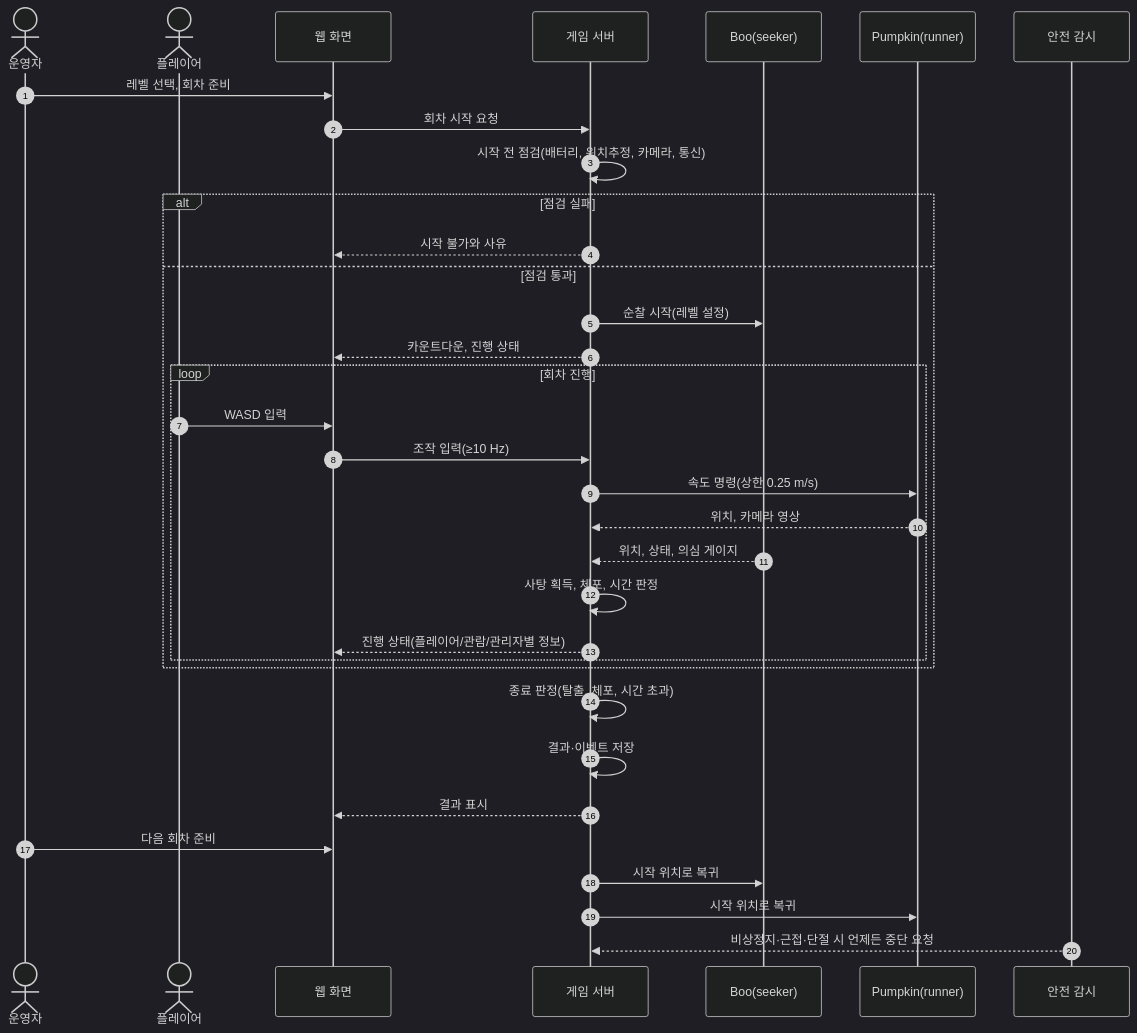
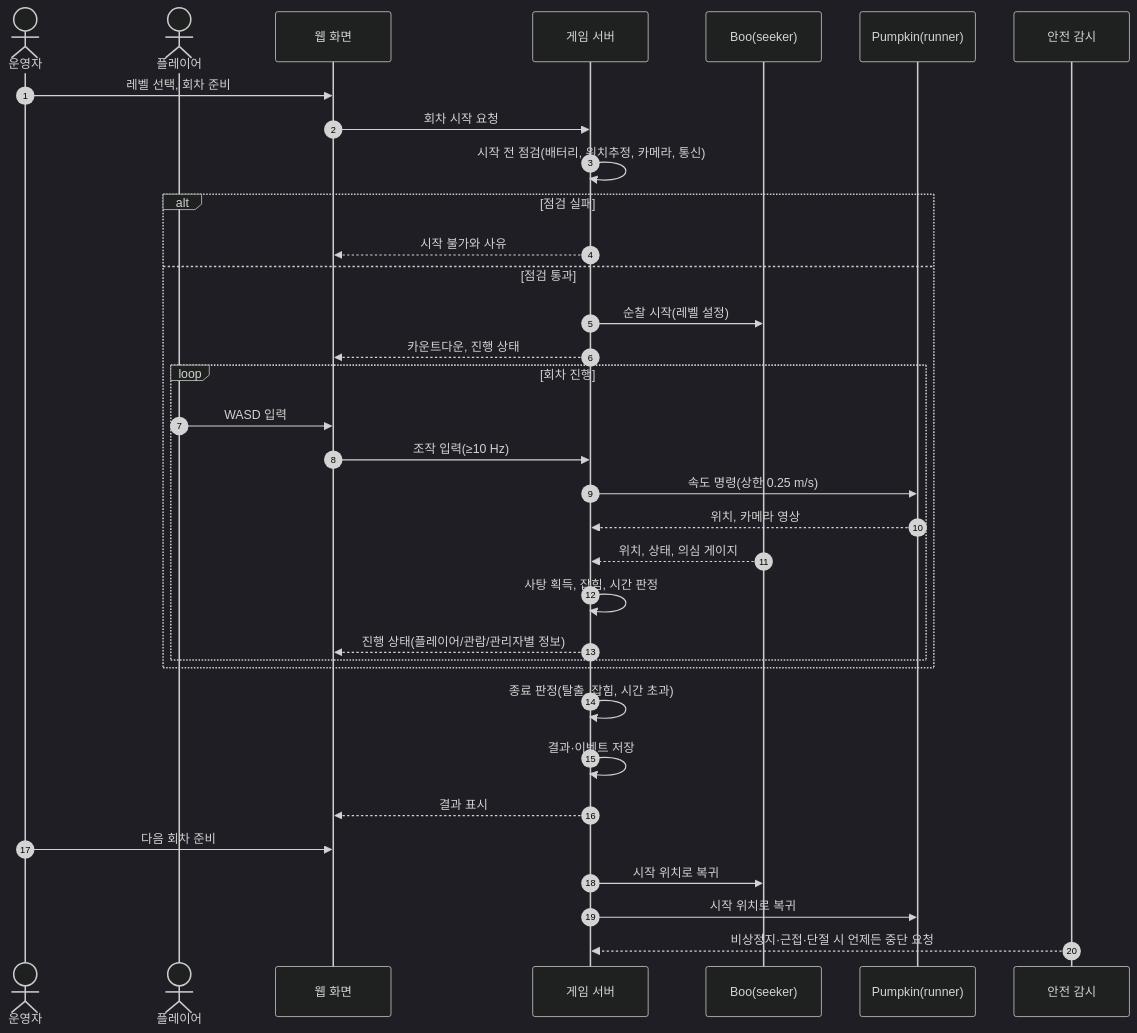
Before and after one commit to shbong06-sketch/Trick_or_Bot: the first of 5 diagrams in docs/project/sdd.md, drawn with Mermaid (dark theme). The commit also changed other lines of this file and 2 other files, not shown here.

````diff
--- a/docs/project/sdd.md
+++ b/docs/project/sdd.md
@@ -30,37 +30,37 @@
 ```mermaid
 sequenceDiagram
     autonumber
     actor Op as 운영자
     actor Pl as 플레이어
     participant Web as 웹 화면
     participant GS as 게임 서버
     participant SK as Boo(seeker)
     participant RN as Pumpkin(runner)
     participant SF as 안전 감시
 
     Op->>Web: 레벨 선택, 회차 준비
     Web->>GS: 회차 시작 요청
     GS->>GS: 시작 전 점검(배터리, 위치추정, 카메라, 통신)
     alt 점검 실패
         GS-->>Web: 시작 불가와 사유
     else 점검 통과
         GS->>SK: 순찰 시작(레벨 설정)
         GS-->>Web: 카운트다운, 진행 상태
         loop 회차 진행
             Pl->>Web: WASD 입력
             Web->>GS: 조작 입력(≥10 Hz)
             GS->>RN: 속도 명령(상한 0.25 m/s)
             RN-->>GS: 위치, 카메라 영상
             SK-->>GS: 위치, 상태, 의심 게이지
-            GS->>GS: 사탕 획득, 체포, 시간 판정
+            GS->>GS: 사탕 획득, 잡힘, 시간 판정
             GS-->>Web: 진행 상태(플레이어/관람/관리자별 정보)
         end
     end
-    GS->>GS: 종료 판정(탈출, 체포, 시간 초과)
+    GS->>GS: 종료 판정(탈출, 잡힘, 시간 초과)
     GS->>GS: 결과·이벤트 저장
     GS-->>Web: 결과 표시
     Op->>Web: 다음 회차 준비
     GS->>SK: 시작 위치로 복귀
     GS->>RN: 시작 위치로 복귀
     SF-->>GS: 비상정지·근접·단절 시 언제든 중단 요청
 ```
````
